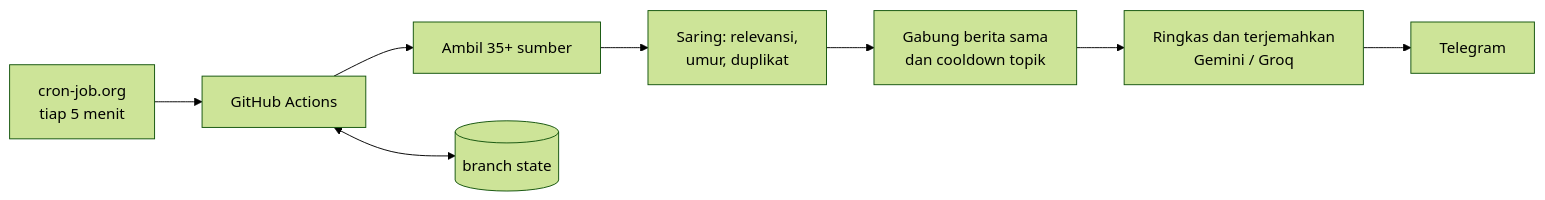
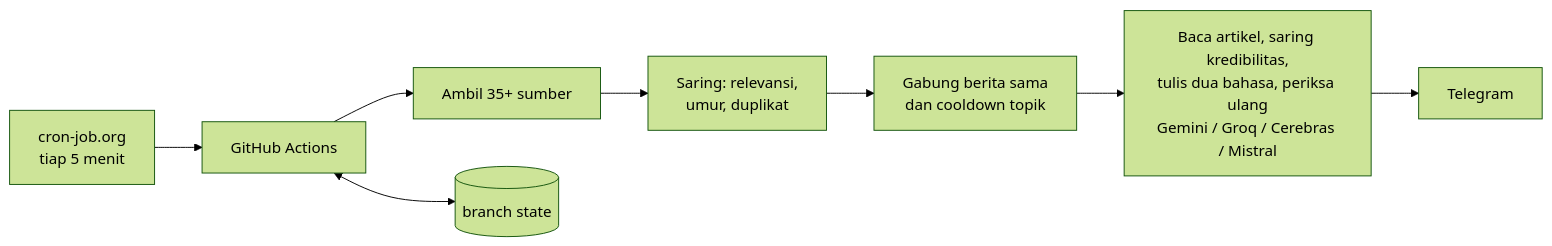
Before and after one commit to 8prads/manutd: the diagram in README.md, drawn with Mermaid (forest theme). The commit also changed other lines of this file and 2 other files, not shown here.

````diff
--- a/README.md
+++ b/README.md
@@ -48,10 +79,10 @@
 ```mermaid
 flowchart LR
     A[cron-job.org<br/>tiap 5 menit] --> B[GitHub Actions]
     B --> C[Ambil 35+ sumber]
     C --> D[Saring: relevansi,<br/>umur, duplikat]
     D --> E[Gabung berita sama<br/>dan cooldown topik]
-    E --> F[Ringkas dan terjemahkan<br/>Gemini / Groq]
+    E --> F[Baca artikel, saring kredibilitas,<br/>tulis dua bahasa, periksa ulang<br/>Gemini / Groq / Cerebras / Mistral]
     F --> G[Telegram]
     B <--> H[(branch state)]
 ```
````
